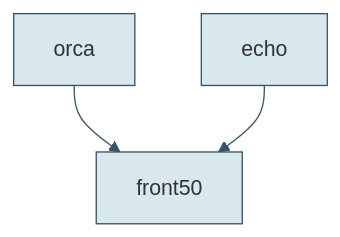
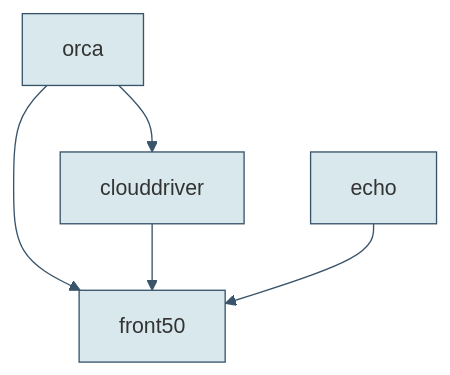
One commit to spinnaker/spinnaker.io changed the diagram in content/en/docs/reference/architecture/microservices-overview.md. Above: the diagram before and after it, drawn with Mermaid (base theme).

Commit message:
add clouddriver

```diff
--- a/content/en/docs/reference/architecture/microservices-overview.md
+++ b/content/en/docs/reference/architecture/microservices-overview.md
@@ -73,10 +73,12 @@
 {{< mermaid >}}
 graph TB
 
+orca --> clouddriver;
 orca --> front50;
+clouddriver --> front50;
 echo --> front50;
 
 classDef default fill:#d8e8ec,stroke:#39546a;
 linkStyle default stroke:#39546a,stroke-width:1px,fill:none;
 
 {{< /mermaid >}}
```
